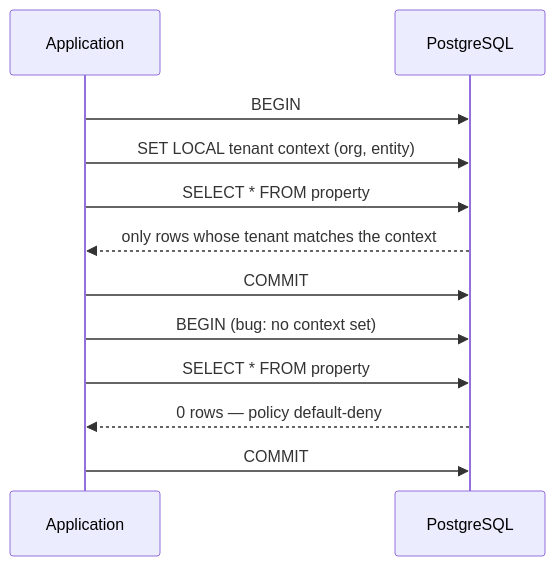
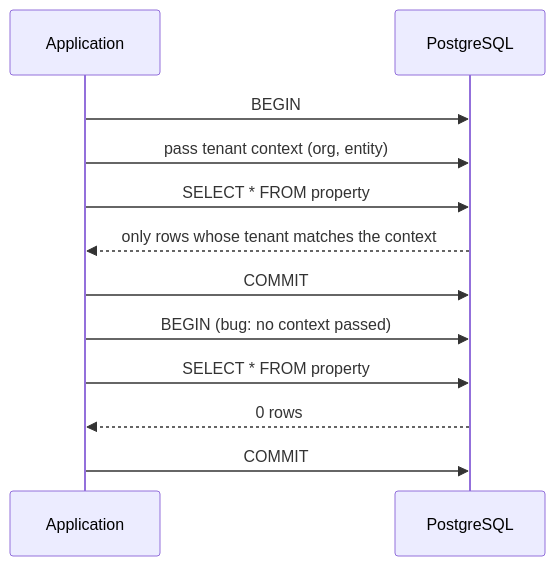
The second of 2 diagrams in README.md (Sebastian-O-Rodriguez/showcase-pmlad), drawn with Mermaid before and after one commit. The commit also changed other lines of this file, not shown here.

Commit message:
docs: editorial pass — product-first, vertical conceptual diagram, why-before-how

````diff
--- a/README.md
+++ b/README.md
@@ -61,16 +57,16 @@
 ```mermaid
 sequenceDiagram
     participant App as Application
     participant DB as PostgreSQL
 
     App->>DB: BEGIN
-    App->>DB: SET LOCAL tenant context (org, entity)
+    App->>DB: pass tenant context (org, entity)
     App->>DB: SELECT * FROM property
     DB-->>App: only rows whose tenant matches the context
     App->>DB: COMMIT
 
-    App->>DB: BEGIN (bug: no context set)
+    App->>DB: BEGIN (bug: no context passed)
     App->>DB: SELECT * FROM property
-    DB-->>App: 0 rows — policy default-deny
+    DB-->>App: 0 rows
     App->>DB: COMMIT
 ```
````
